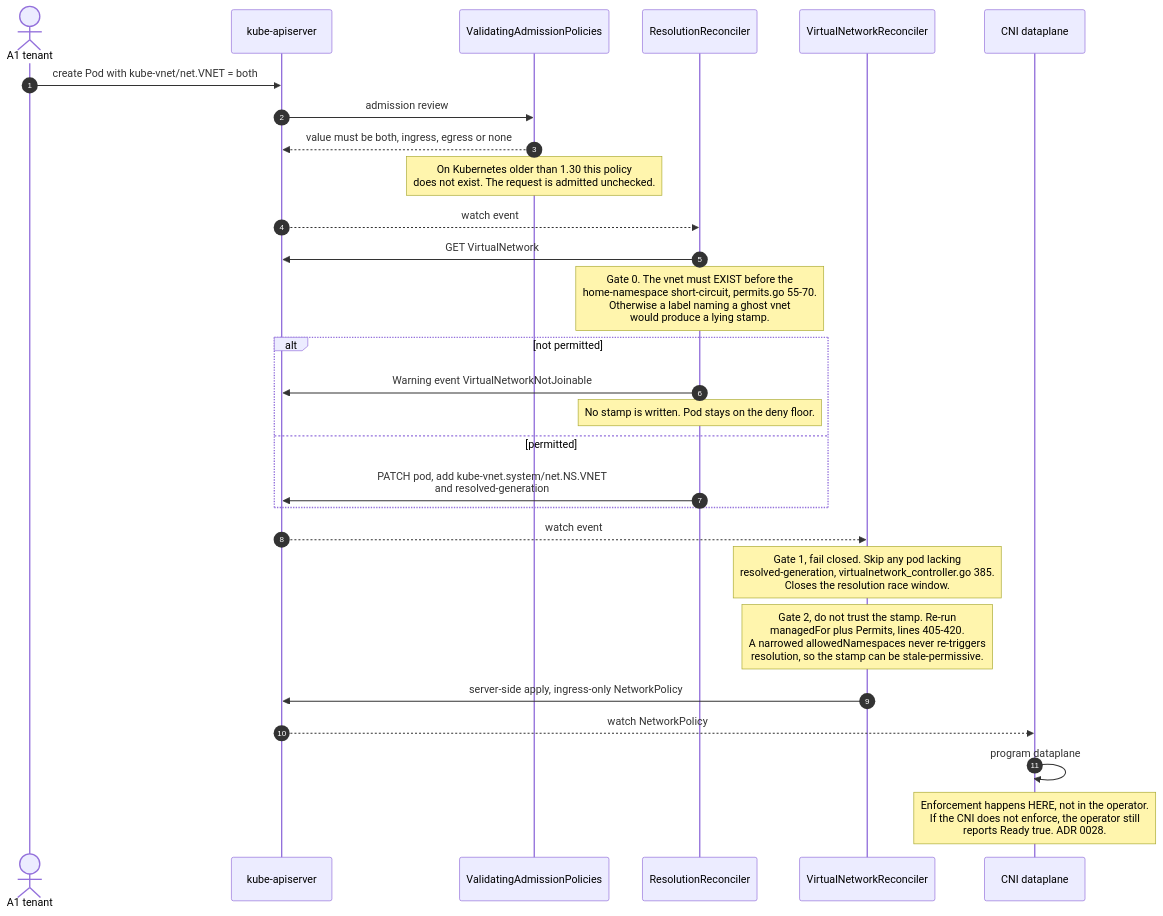
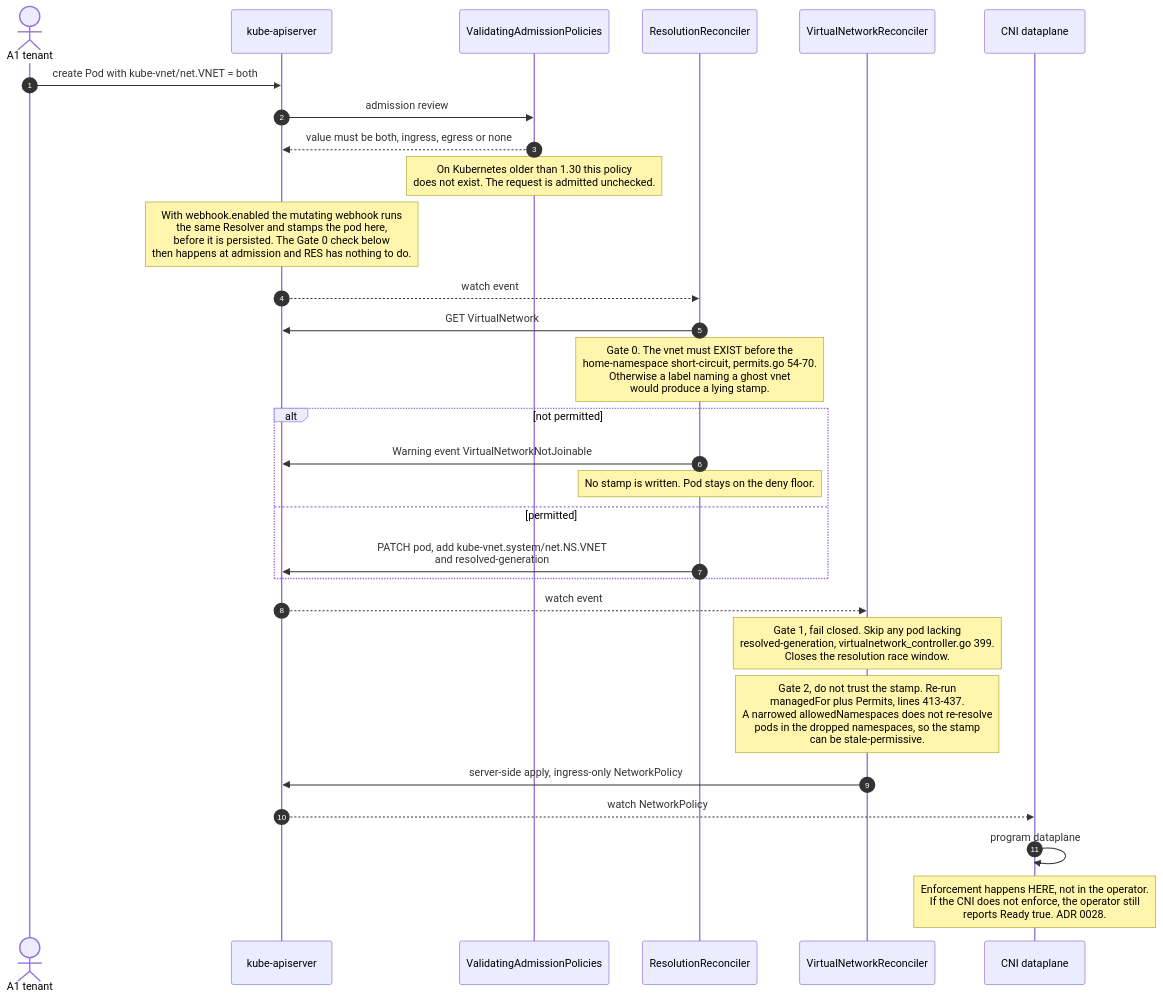
Before and after one commit to lhns/kube-vnet: the second of 2 diagrams in docs/security/threat-model.md, drawn with Mermaid. The commit also changed other lines of this file and 22 other files, not shown here.

````diff
--- a/docs/security/threat-model.md
+++ b/docs/security/threat-model.md
@@ -122,34 +131,35 @@
 ```mermaid
 sequenceDiagram
     autonumber
     actor T as A1 tenant
     participant API as kube-apiserver
     participant VAP as ValidatingAdmissionPolicies
     participant RES as ResolutionReconciler
     participant GEN as VirtualNetworkReconciler
     participant CNI as CNI dataplane
 
     T->>API: create Pod with kube-vnet/net.VNET = both
     API->>VAP: admission review
     VAP-->>API: value must be both, ingress, egress or none
     Note over VAP: On Kubernetes older than 1.30 this policy<br/>does not exist. The request is admitted unchecked.
+    Note over API: With webhook.enabled the mutating webhook runs<br/>the same Resolver and stamps the pod here,<br/>before it is persisted. The Gate 0 check below<br/>then happens at admission and RES has nothing to do.
 
     API-->>RES: watch event
     RES->>API: GET VirtualNetwork
-    Note over RES: Gate 0. The vnet must EXIST before the<br/>home-namespace short-circuit, permits.go 55-70.<br/>Otherwise a label naming a ghost vnet<br/>would produce a lying stamp.
+    Note over RES: Gate 0. The vnet must EXIST before the<br/>home-namespace short-circuit, permits.go 54-70.<br/>Otherwise a label naming a ghost vnet<br/>would produce a lying stamp.
     alt not permitted
         RES->>API: Warning event VirtualNetworkNotJoinable
         Note over RES: No stamp is written. Pod stays on the deny floor.
     else permitted
         RES->>API: PATCH pod, add kube-vnet.system/net.NS.VNET<br/>and resolved-generation
     end
 
     API-->>GEN: watch event
-    Note over GEN: Gate 1, fail closed. Skip any pod lacking<br/>resolved-generation, virtualnetwork_controller.go 385.<br/>Closes the resolution race window.
-    Note over GEN: Gate 2, do not trust the stamp. Re-run<br/>managedFor plus Permits, lines 405-420.<br/>A narrowed allowedNamespaces never re-triggers<br/>resolution, so the stamp can be stale-permissive.
+    Note over GEN: Gate 1, fail closed. Skip any pod lacking<br/>resolved-generation, virtualnetwork_controller.go 399.<br/>Closes the resolution race window.
+    Note over GEN: Gate 2, do not trust the stamp. Re-run<br/>managedFor plus Permits, lines 413-437.<br/>A narrowed allowedNamespaces does not re-resolve<br/>pods in the dropped namespaces, so the stamp<br/>can be stale-permissive.
     GEN->>API: server-side apply, ingress-only NetworkPolicy
 
     API-->>CNI: watch NetworkPolicy
     CNI->>CNI: program dataplane
     Note over CNI: Enforcement happens HERE, not in the operator.<br/>If the CNI does not enforce, the operator still<br/>reports Ready true. ADR 0028.
 ```
````
